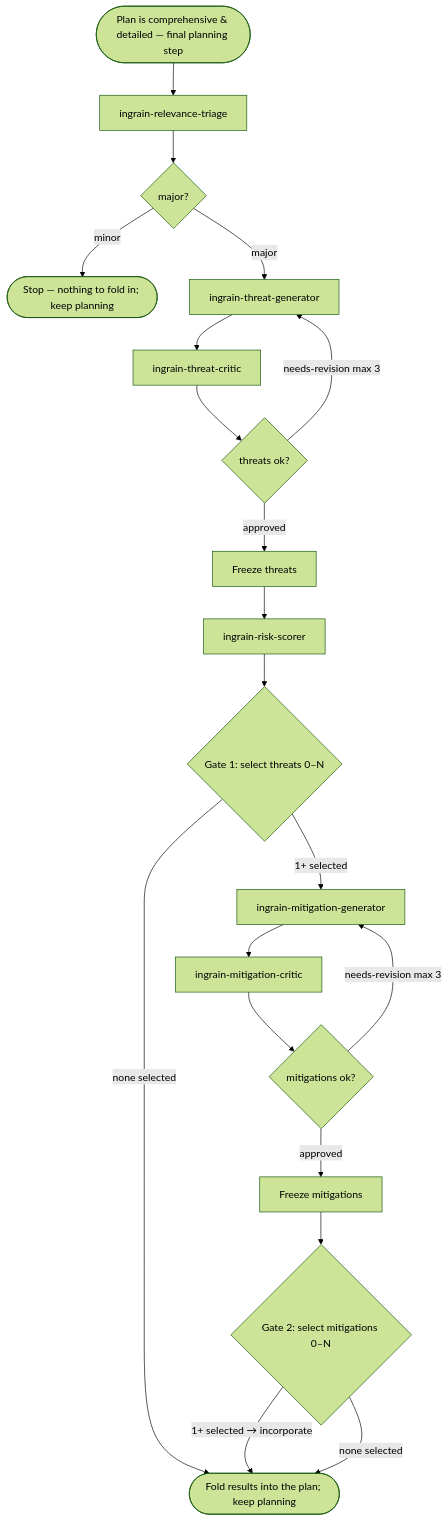
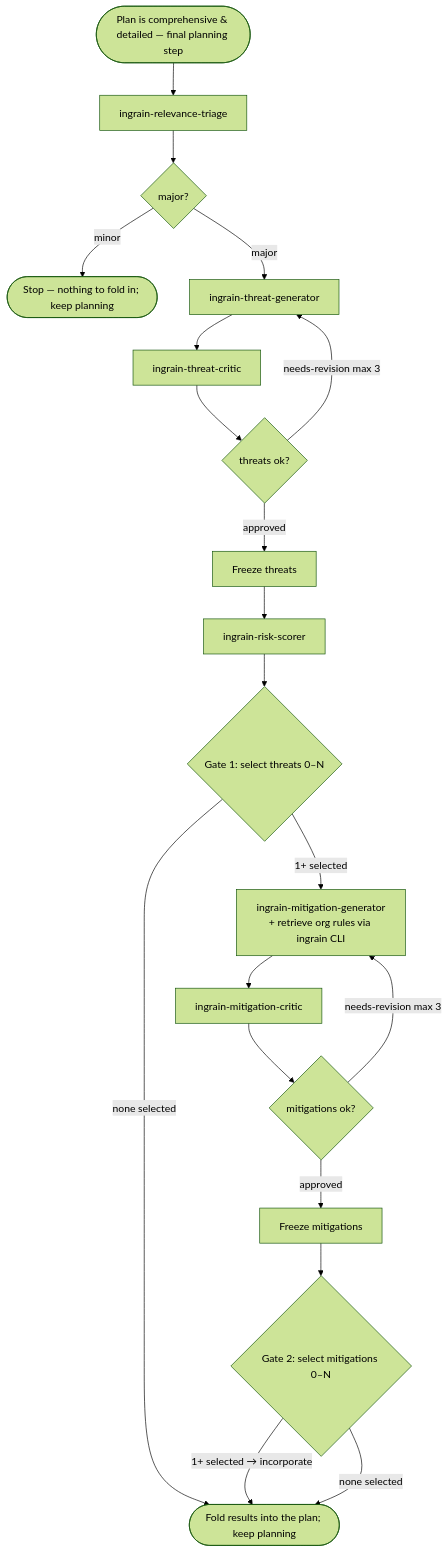
Before and after one commit to ingrainlabs/ingrain-security: the diagram in skills/ingrain-security/SKILL.md, drawn with Mermaid (forest theme). The commit also changed other lines of this file and 28 other files, not shown here.

````diff
--- a/skills/ingrain-security/SKILL.md
+++ b/skills/ingrain-security/SKILL.md
@@ -118,26 +238,26 @@
 ```mermaid
 flowchart TD
     planning([Plan is comprehensive & detailed — final planning step]) --> triage[ingrain-relevance-triage]
     triage --> majorQ{major?}
     majorQ -->|minor| stop([Stop — nothing to fold in; keep planning])
     majorQ -->|major| threatGen[ingrain-threat-generator]
 
     threatGen --> threatCritic[ingrain-threat-critic]
     threatCritic --> threatsOk{threats ok?}
     threatsOk -->|needs-revision max 3| threatGen
     threatsOk -->|approved| freezeThreats[Freeze threats]
 
     freezeThreats --> riskScorer[ingrain-risk-scorer]
     riskScorer --> gate1{Gate 1: select threats 0–N}
     gate1 -->|none selected| done([Fold results into the plan; keep planning])
-    gate1 -->|1+ selected| mitGen[ingrain-mitigation-generator]
+    gate1 -->|1+ selected| mitGen[ingrain-mitigation-generator<br/>+ retrieve org rules via ingrain CLI]
 
     mitGen --> mitCritic[ingrain-mitigation-critic]
     mitCritic --> mitsOk{mitigations ok?}
     mitsOk -->|needs-revision max 3| mitGen
     mitsOk -->|approved| freezeMits[Freeze mitigations]
 
     freezeMits --> gate2{Gate 2: select mitigations 0–N}
     gate2 -->|1+ selected → incorporate| done
     gate2 -->|none selected| done
 ```
````
